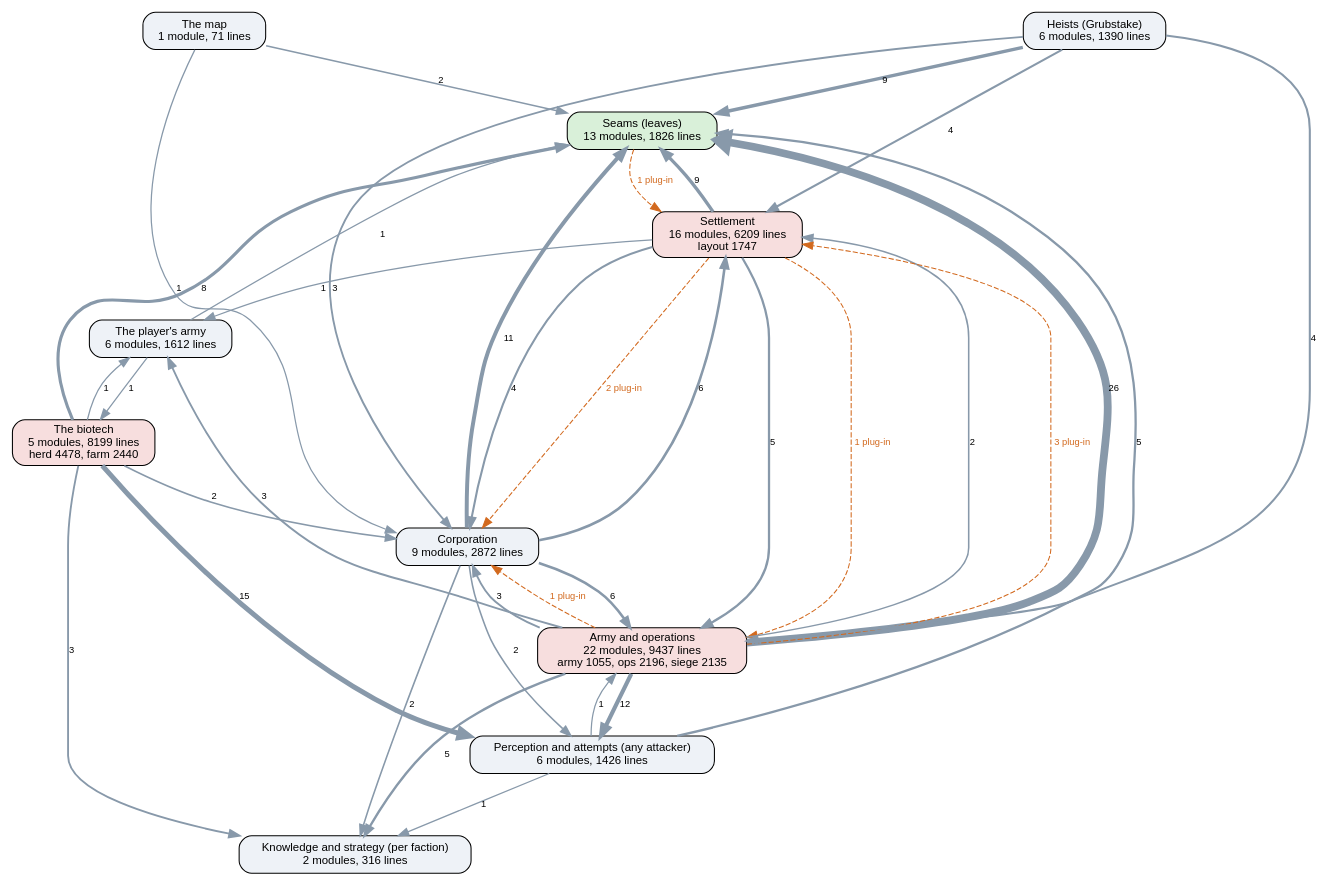
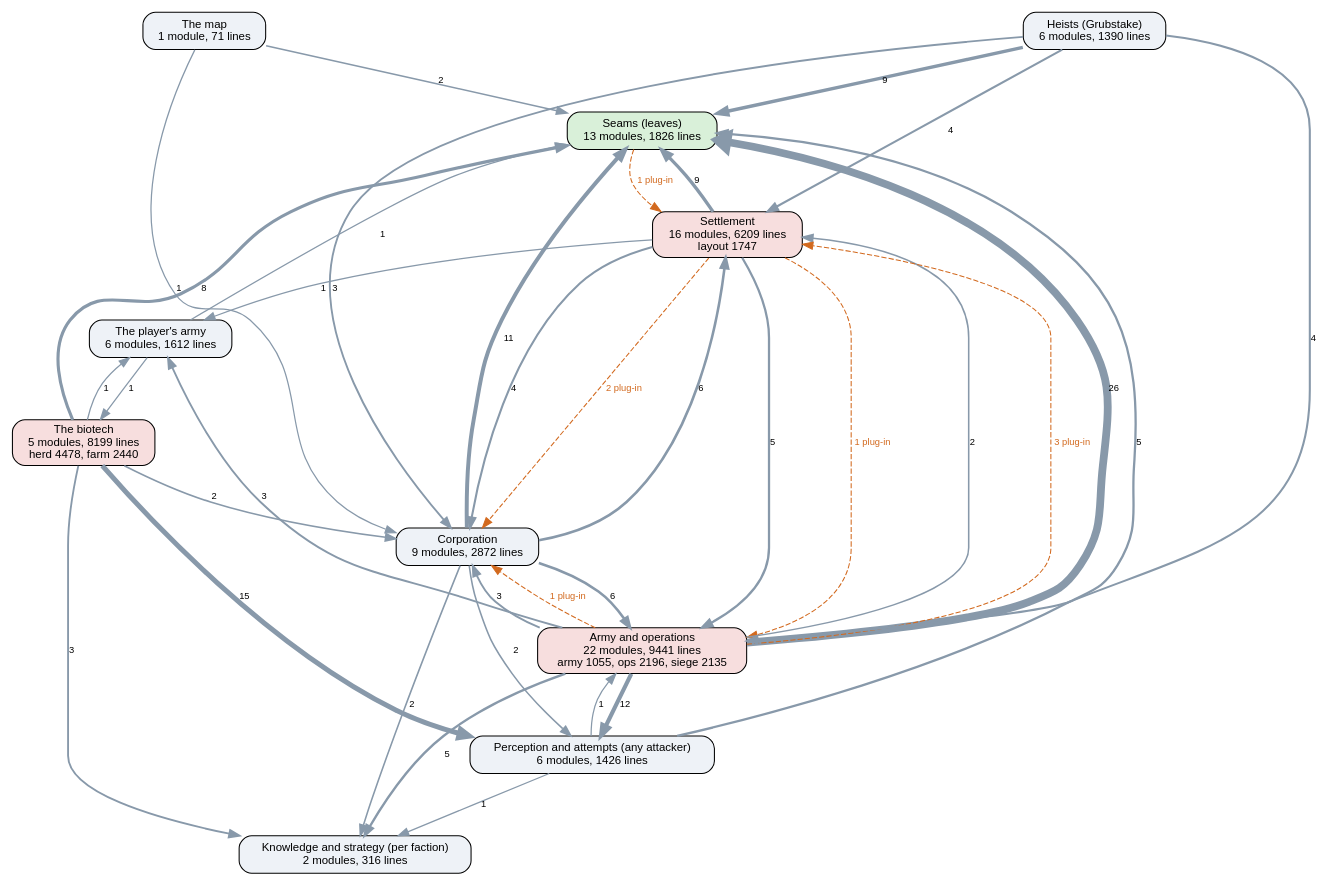
The diagram in docs/ai-layers.dot (kinelhu/landing-party), drawn with Graphviz before and after one commit. The commit also changed 8 other files, not shown here.

```diff
--- a/docs/ai-layers.dot
+++ b/docs/ai-layers.dot
@@ -1,51 +1,51 @@
 digraph layers {
   graph [rankdir=TB, fontname="Helvetica", nodesep=0.5, ranksep=0.7];
   node [shape=box, style="rounded,filled", fontname="Helvetica", fontsize=11, fillcolor="#eef2f7"];
   edge [color="#8899aa", fontname="Helvetica", fontsize=9];
   "Seams (leaves)" [label="Seams (leaves)\n13 modules, 1826 lines", fillcolor="#d9f0d9"];
   "Perception and attempts (any attacker)" [label="Perception and attempts (any attacker)\n6 modules, 1426 lines", fillcolor="#eef2f7"];
   "Knowledge and strategy (per faction)" [label="Knowledge and strategy (per faction)\n2 modules, 316 lines", fillcolor="#eef2f7"];
   "Corporation" [label="Corporation\n9 modules, 2872 lines", fillcolor="#eef2f7"];
   "Settlement" [label="Settlement\n16 modules, 6209 lines\nlayout 1747", fillcolor="#f7dede"];
-  "Army and operations" [label="Army and operations\n22 modules, 9437 lines\narmy 1055, ops 2196, siege 2135", fillcolor="#f7dede"];
+  "Army and operations" [label="Army and operations\n22 modules, 9441 lines\narmy 1055, ops 2196, siege 2135", fillcolor="#f7dede"];
   "Heists (Grubstake)" [label="Heists (Grubstake)\n6 modules, 1390 lines", fillcolor="#eef2f7"];
   "The biotech" [label="The biotech\n5 modules, 8199 lines\nherd 4478, farm 2440", fillcolor="#f7dede"];
   "The map" [label="The map\n1 module, 71 lines", fillcolor="#eef2f7"];
   "The player's army" [label="The player's army\n6 modules, 1612 lines", fillcolor="#eef2f7"];
   "Army and operations" -> "Corporation" [label="3", penwidth=1.8];
   "Army and operations" -> "Knowledge and strategy (per faction)" [label="5", penwidth=2.2];
   "Army and operations" -> "Perception and attempts (any attacker)" [label="12", penwidth=4.0];
   "Army and operations" -> "Seams (leaves)" [label="26", penwidth=7.5];
   "Army and operations" -> "Settlement" [label="2", penwidth=1.5];
   "Army and operations" -> "The player's army" [label="3", penwidth=1.8];
   "Corporation" -> "Army and operations" [label="6", penwidth=2.5];
   "Corporation" -> "Knowledge and strategy (per faction)" [label="2", penwidth=1.5];
   "Corporation" -> "Perception and attempts (any attacker)" [label="2", penwidth=1.5];
   "Corporation" -> "Seams (leaves)" [label="11", penwidth=3.8];
   "Corporation" -> "Settlement" [label="6", penwidth=2.5];
   "Heists (Grubstake)" -> "Army and operations" [label="4", penwidth=2.0];
   "Heists (Grubstake)" -> "Corporation" [label="3", penwidth=1.8];
   "Heists (Grubstake)" -> "Seams (leaves)" [label="9", penwidth=3.2];
   "Heists (Grubstake)" -> "Settlement" [label="4", penwidth=2.0];
   "Perception and attempts (any attacker)" -> "Army and operations" [label="1", penwidth=1.2];
   "Perception and attempts (any attacker)" -> "Knowledge and strategy (per faction)" [label="1", penwidth=1.2];
   "Perception and attempts (any attacker)" -> "Seams (leaves)" [label="5", penwidth=2.2];
   "Settlement" -> "Army and operations" [label="5", penwidth=2.2];
   "Settlement" -> "Corporation" [label="4", penwidth=2.0];
   "Settlement" -> "Seams (leaves)" [label="9", penwidth=3.2];
   "Settlement" -> "The player's army" [label="1", penwidth=1.2];
   "The biotech" -> "Corporation" [label="2", penwidth=1.5];
   "The biotech" -> "Knowledge and strategy (per faction)" [label="3", penwidth=1.8];
   "The biotech" -> "Perception and attempts (any attacker)" [label="15", penwidth=4.8];
   "The biotech" -> "Seams (leaves)" [label="8", penwidth=3.0];
   "The biotech" -> "The player's army" [label="1", penwidth=1.2];
   "The map" -> "Corporation" [label="1", penwidth=1.2];
   "The map" -> "Seams (leaves)" [label="2", penwidth=1.5];
   "The player's army" -> "Seams (leaves)" [label="1", penwidth=1.2];
   "The player's army" -> "The biotech" [label="1", penwidth=1.2];
   "Army and operations" -> "Corporation" [style=dashed, color="#d2691e", fontcolor="#d2691e", label="1 plug-in"];
   "Army and operations" -> "Settlement" [style=dashed, color="#d2691e", fontcolor="#d2691e", label="3 plug-in"];
   "Seams (leaves)" -> "Settlement" [style=dashed, color="#d2691e", fontcolor="#d2691e", label="1 plug-in"];
   "Settlement" -> "Army and operations" [style=dashed, color="#d2691e", fontcolor="#d2691e", label="1 plug-in"];
   "Settlement" -> "Corporation" [style=dashed, color="#d2691e", fontcolor="#d2691e", label="2 plug-in"];
 }
```
